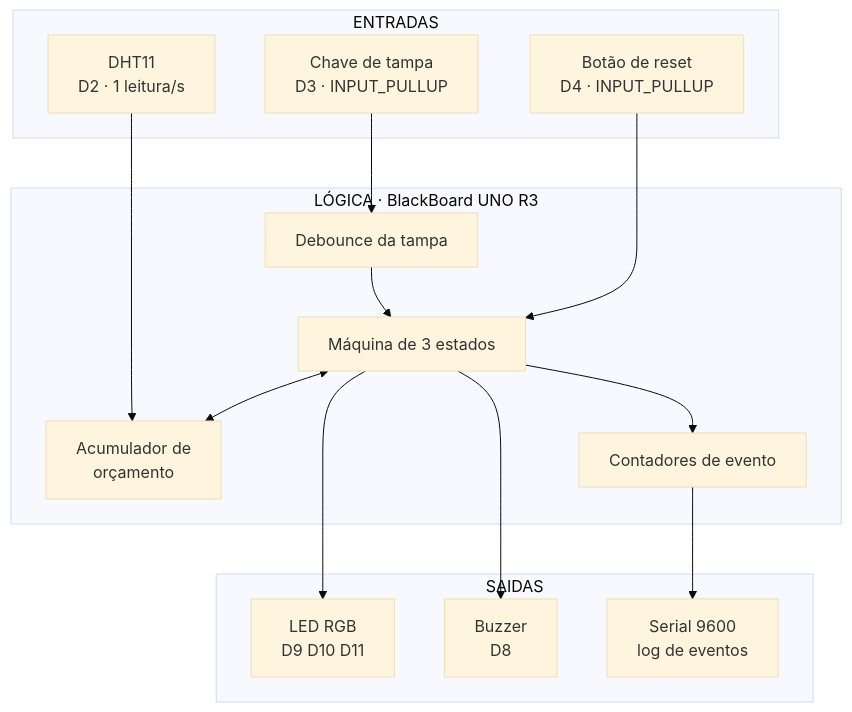
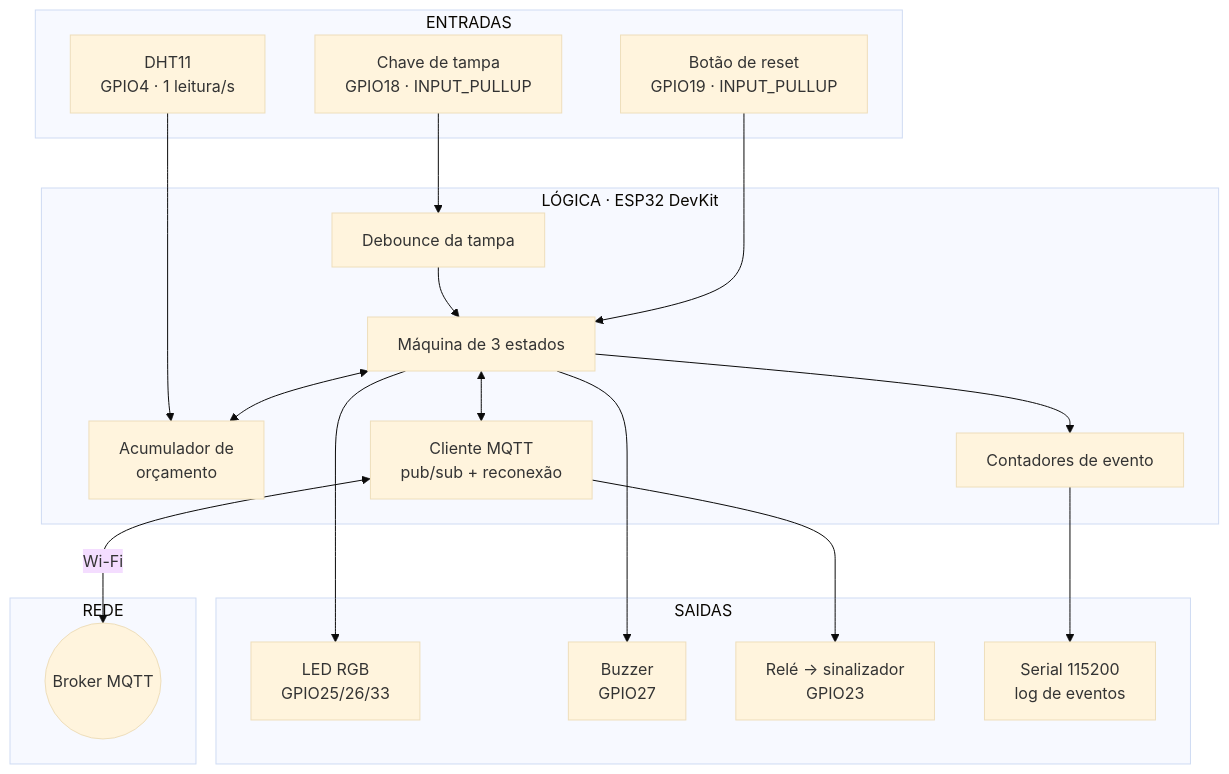
The first of 2 diagrams in docs/arquitetura-inicial.md (VictorKunzz/sentinela-cadeia-fria), drawn with Mermaid (base theme) before and after one commit. The commit also changed other lines of this file and 4 other files, not shown here.

````diff
--- a/docs/arquitetura-inicial.md
+++ b/docs/arquitetura-inicial.md
@@ -9,27 +9,35 @@
 ```mermaid
 flowchart TB
     subgraph ENTRADAS
-        A["Chave de tampa<br/>D3 · INPUT_PULLUP"]
-        B["DHT11<br/>D2 · 1 leitura/s"]
-        C["Botão de reset<br/>D4 · INPUT_PULLUP"]
+        A["Chave de tampa<br/>GPIO18 · INPUT_PULLUP"]
+        B["DHT11<br/>GPIO4 · 1 leitura/s"]
+        C["Botão de reset<br/>GPIO19 · INPUT_PULLUP"]
     end
-    subgraph LOGICA["LÓGICA · BlackBoard UNO R3"]
+    subgraph LOGICA["LÓGICA · ESP32 DevKit"]
         D["Debounce da tampa"]
         E["Máquina de 3 estados"]
         F["Acumulador de<br/>orçamento"]
         G["Contadores de evento"]
+        M["Cliente MQTT<br/>pub/sub + reconexão"]
     end
     subgraph SAIDAS
-        H["LED RGB<br/>D9 D10 D11"]
-        I["Buzzer<br/>D8"]
-        J["Serial 9600<br/>log de eventos"]
+        H["LED RGB<br/>GPIO25/26/33"]
+        I["Buzzer<br/>GPIO27"]
+        R["Relé → sinalizador<br/>GPIO23"]
+        J["Serial 115200<br/>log de eventos"]
+    end
+    subgraph REDE
+        K(("Broker MQTT"))
     end
     A --> D --> E
     B --> F
     C --> E
     E <--> F
     E --> G
     E --> H
     E --> I
     G --> J
+    E <--> M
+    M <-->|Wi-Fi| K
+    M --> R
 ```
````
